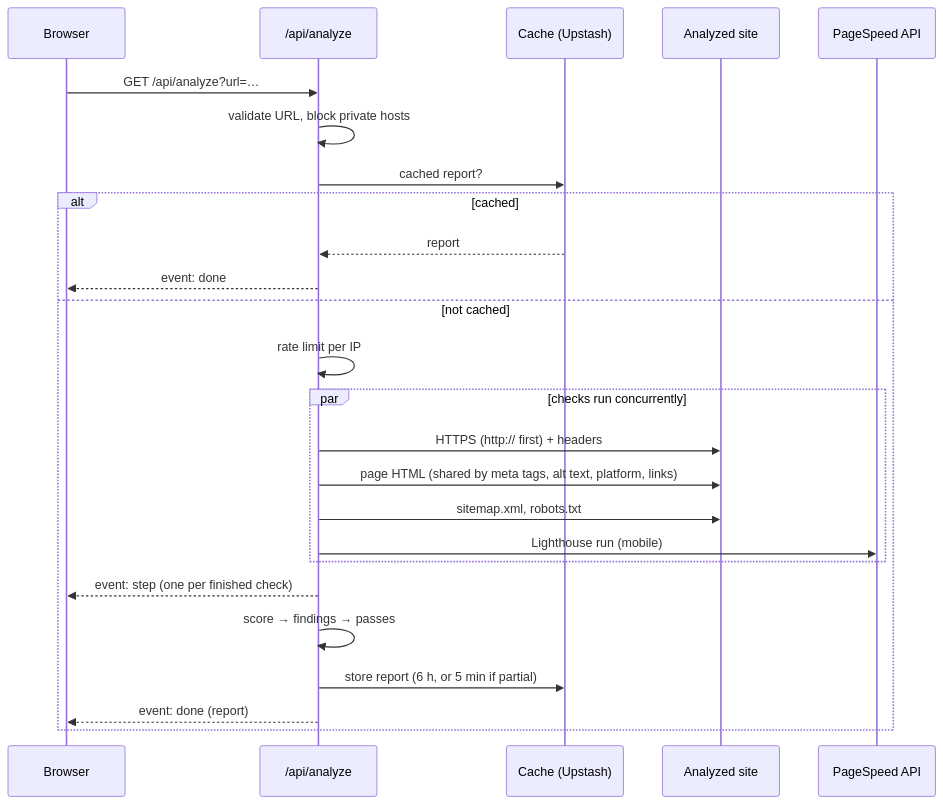
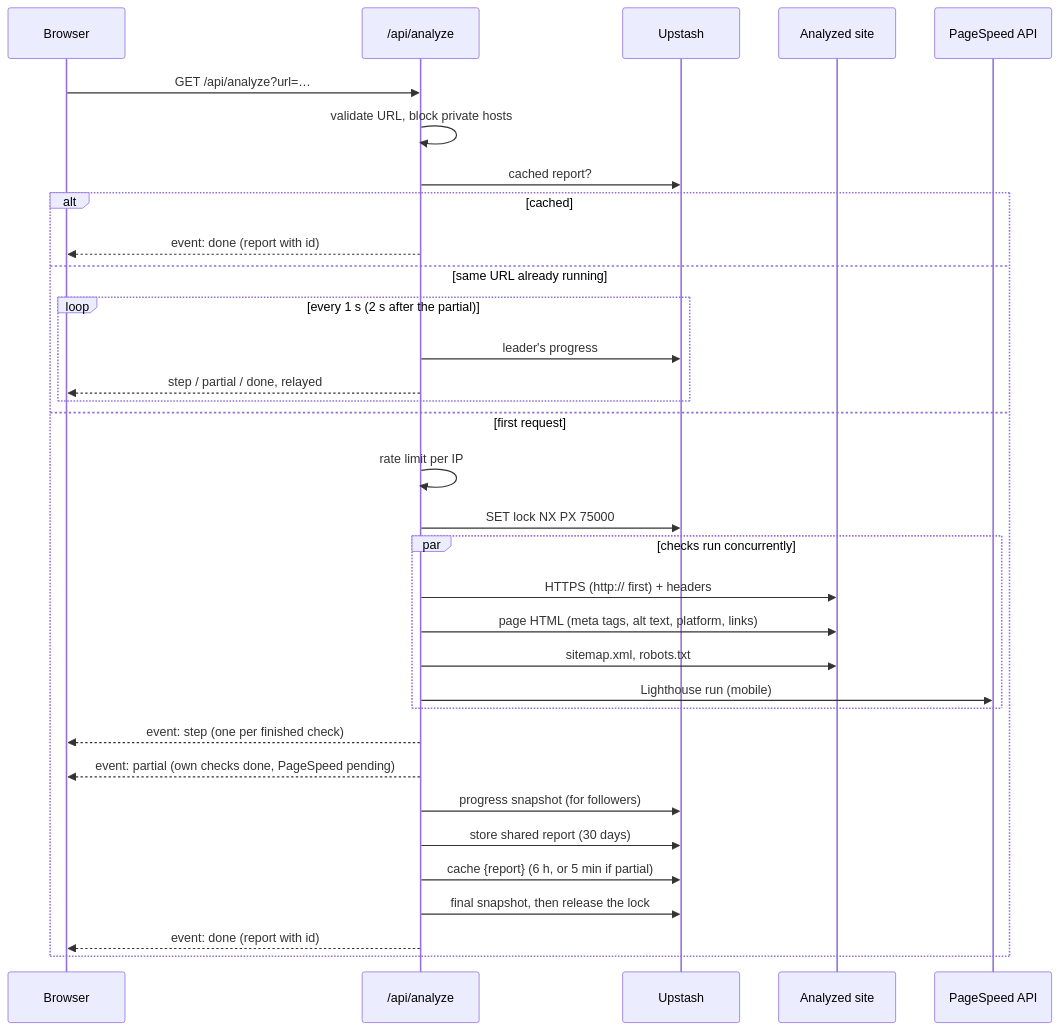
Before and after one commit to leodds21/Website-reviewer: the diagram in docs/ARCHITECTURE.md, drawn with Mermaid. The commit also changed other lines of this file and 1 other file, not shown here.

Commit message:
docs: describe the new analysis flow

````diff
--- a/docs/ARCHITECTURE.md
+++ b/docs/ARCHITECTURE.md
@@ -28,28 +33,36 @@
 ```mermaid
 sequenceDiagram
     participant B as Browser
     participant R as /api/analyze
-    participant C as Cache (Upstash)
+    participant C as Upstash
     participant S as Analyzed site
     participant G as PageSpeed API
 
     B->>R: GET /api/analyze?url=…
     R->>R: validate URL, block private hosts
     R->>C: cached report?
     alt cached
-        C-->>R: report
-        R-->>B: event: done
-    else not cached
+        R-->>B: event: done (report with id)
+    else same URL already running
+        loop every 1 s (2 s after the partial)
+            R->>C: leader's progress
+            R-->>B: step / partial / done, relayed
+        end
+    else first request
         R->>R: rate limit per IP
+        R->>C: SET lock NX PX 75000
         par checks run concurrently
             R->>S: HTTPS (http:// first) + headers
-            R->>S: page HTML (shared by meta tags, alt text, platform, links)
+            R->>S: page HTML (meta tags, alt text, platform, links)
             R->>S: sitemap.xml, robots.txt
             R->>G: Lighthouse run (mobile)
         end
         R-->>B: event: step (one per finished check)
-        R->>R: score → findings → passes
-        R->>C: store report (6 h, or 5 min if partial)
-        R-->>B: event: done (report)
+        R-->>B: event: partial (own checks done, PageSpeed pending)
+        R->>C: progress snapshot (for followers)
+        R->>C: store shared report (30 days)
+        R->>C: cache {report} (6 h, or 5 min if partial)
+        R->>C: final snapshot, then release the lock
+        R-->>B: event: done (report with id)
     end
 ```
````
